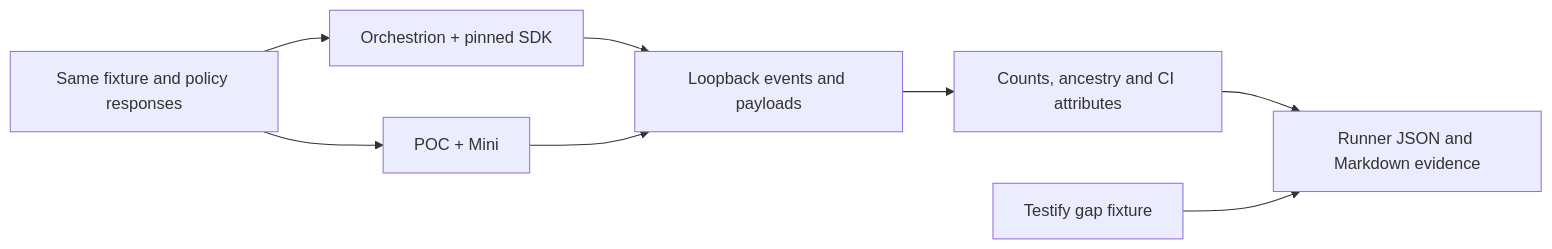
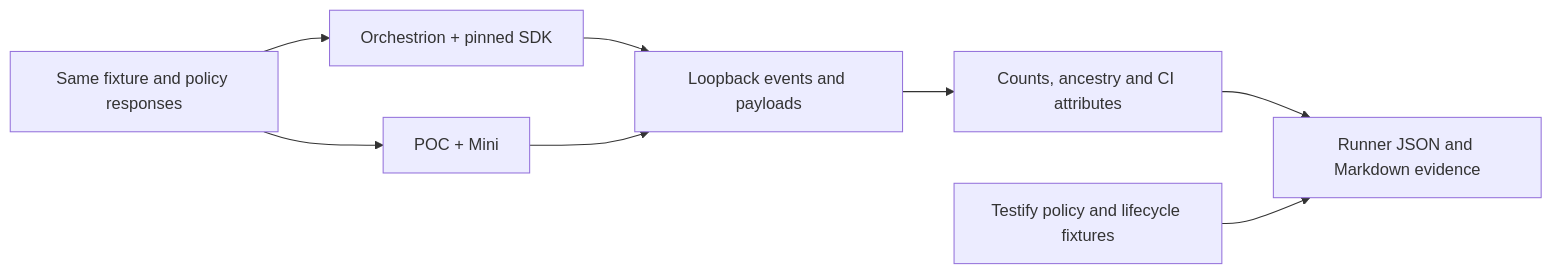
Before and after one commit to tonyredondo/dd-ci-testing-poc: the diagram in docs/ci-parity.md, drawn with Mermaid. The commit also changed other lines of this file and 72 other files, not shown here.

````diff
--- a/docs/ci-parity.md
+++ b/docs/ci-parity.md
@@ -17,10 +18,10 @@
 ```mermaid
 flowchart LR
     Fixture["Same fixture and policy responses"] --> SDK["Orchestrion + pinned SDK"]
     Fixture --> Mini["POC + Mini"]
     SDK --> Capture["Loopback events and payloads"]
     Mini --> Capture
     Capture --> Compare["Counts, ancestry and CI attributes"]
     Compare --> Report["Runner JSON and Markdown evidence"]
-    Testify["Testify gap fixture"] --> Report
+    Testify["Testify policy and lifecycle fixtures"] --> Report
 ```
````
